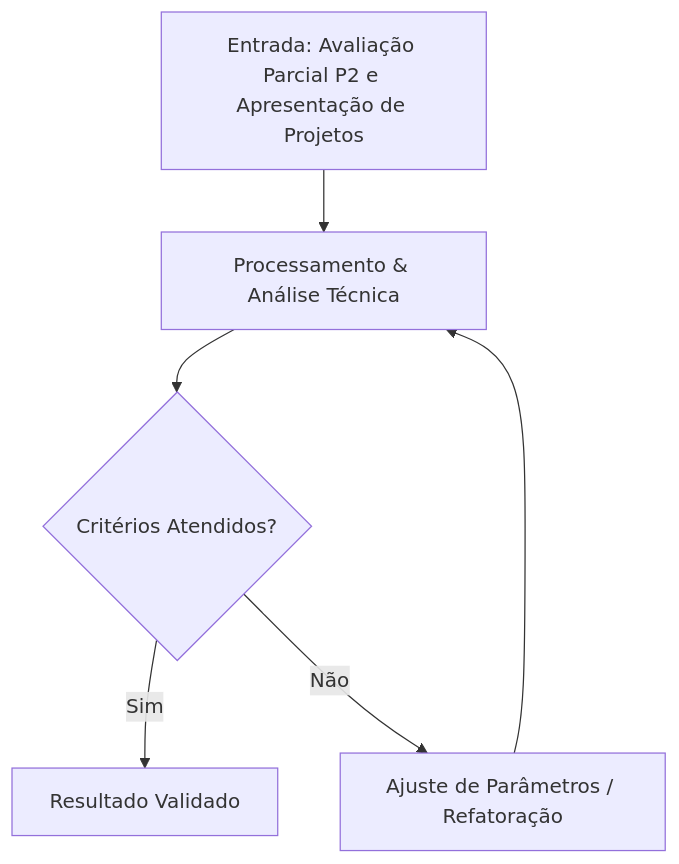
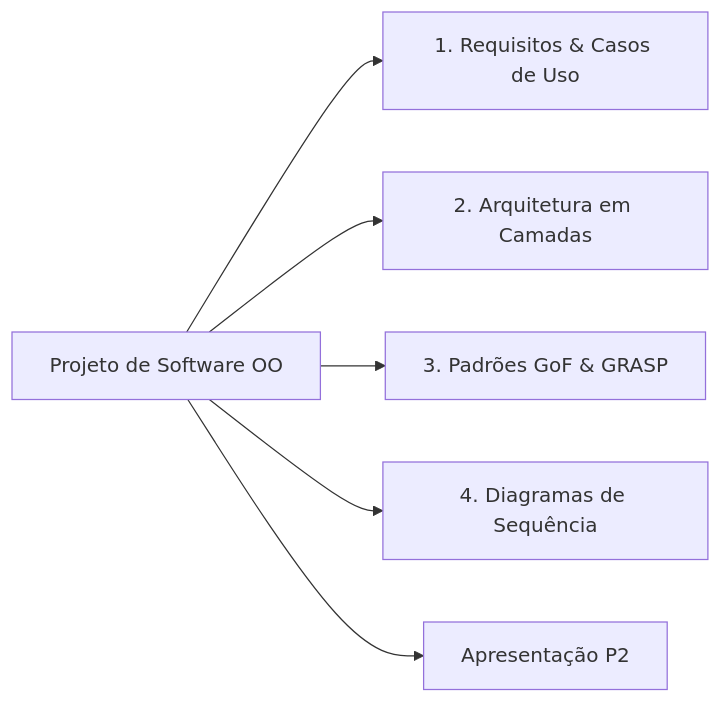
One commit to pedroiff0/page changed the diagram in content/pt-br/resource/Engenharia de Computação/6-periodo/analise-de-software-orientada-a-objetos/anotacoes/aula-15-avaliacao-parcial-p2-e-apresentacao-de-projetos.md. Above: the diagram before and after it, drawn with Mermaid. The commit also changed other lines of this file and 826 other files, not shown here.

````diff
--- a/content/pt-br/resource/Engenharia de Computação/6-periodo/analise-de-software-orientada-a-objetos/anotacoes/aula-15-avaliacao-parcial-p2-e-apresentacao-de-projetos.md
+++ b/content/pt-br/resource/Engenharia de Computação/6-periodo/analise-de-software-orientada-a-objetos/anotacoes/aula-15-avaliacao-parcial-p2-e-apresentacao-de-projetos.md
@@ -74,8 +72,8 @@
 ```mermaid
-flowchart TD
-    A[Entrada: Avaliação Parcial P2 e Apresentação de Projetos] --> B[Processamento & Análise Técnica]
-    B --> C{Critérios Atendidos?}
-    C -- Sim --> D[Resultado Validado]
-    C -- Não --> E[Ajuste de Parâmetros / Refatoração]
-    E --> B
+flowchart LR
+    Proj[Projeto de Software OO] --> Req[1. Requisitos & Casos de Uso]
+    Proj --> Arch[2. Arquitetura em Camadas]
+    Proj --> GoF[3. Padrões GoF & GRASP]
+    Proj --> Seq[4. Diagramas de Sequência]
+    Proj --> Banca[Apresentação P2]
 ```
````
